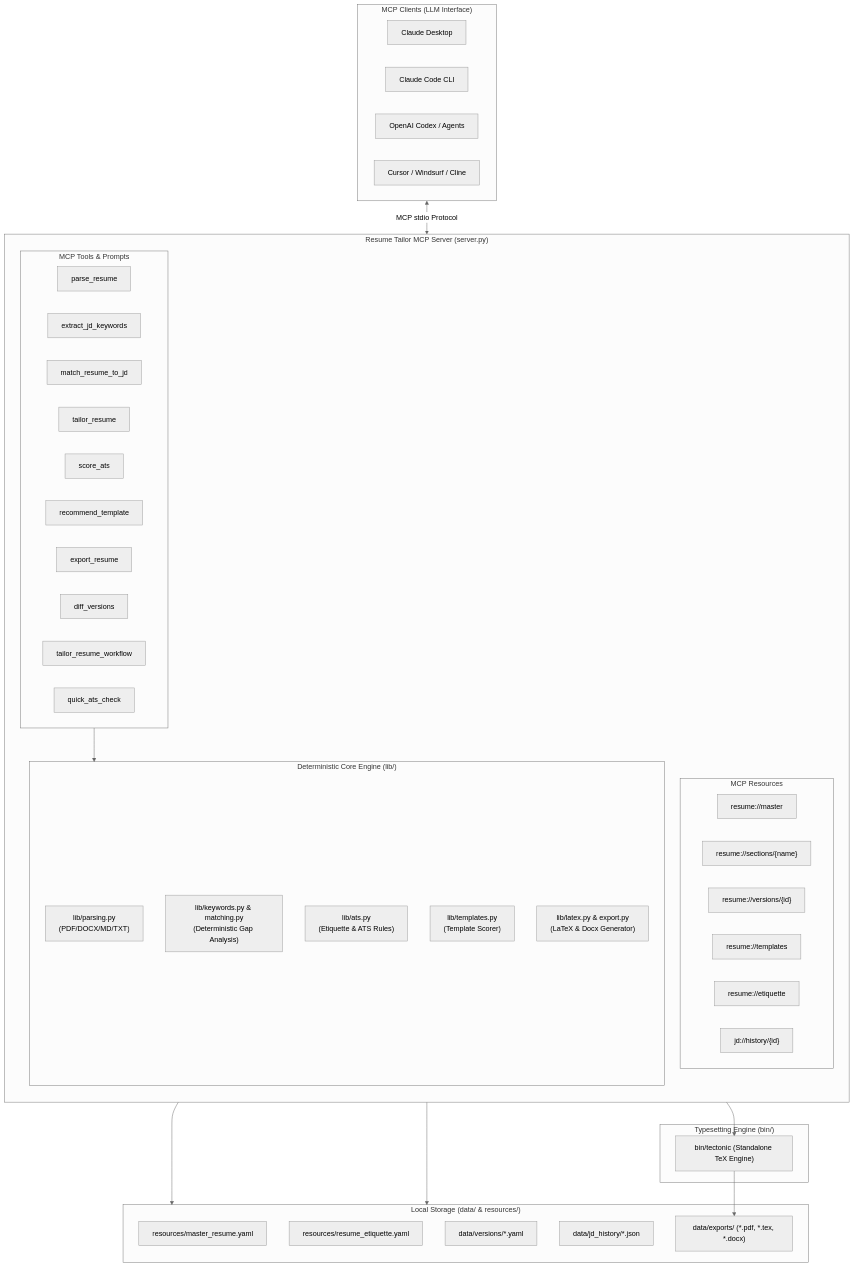
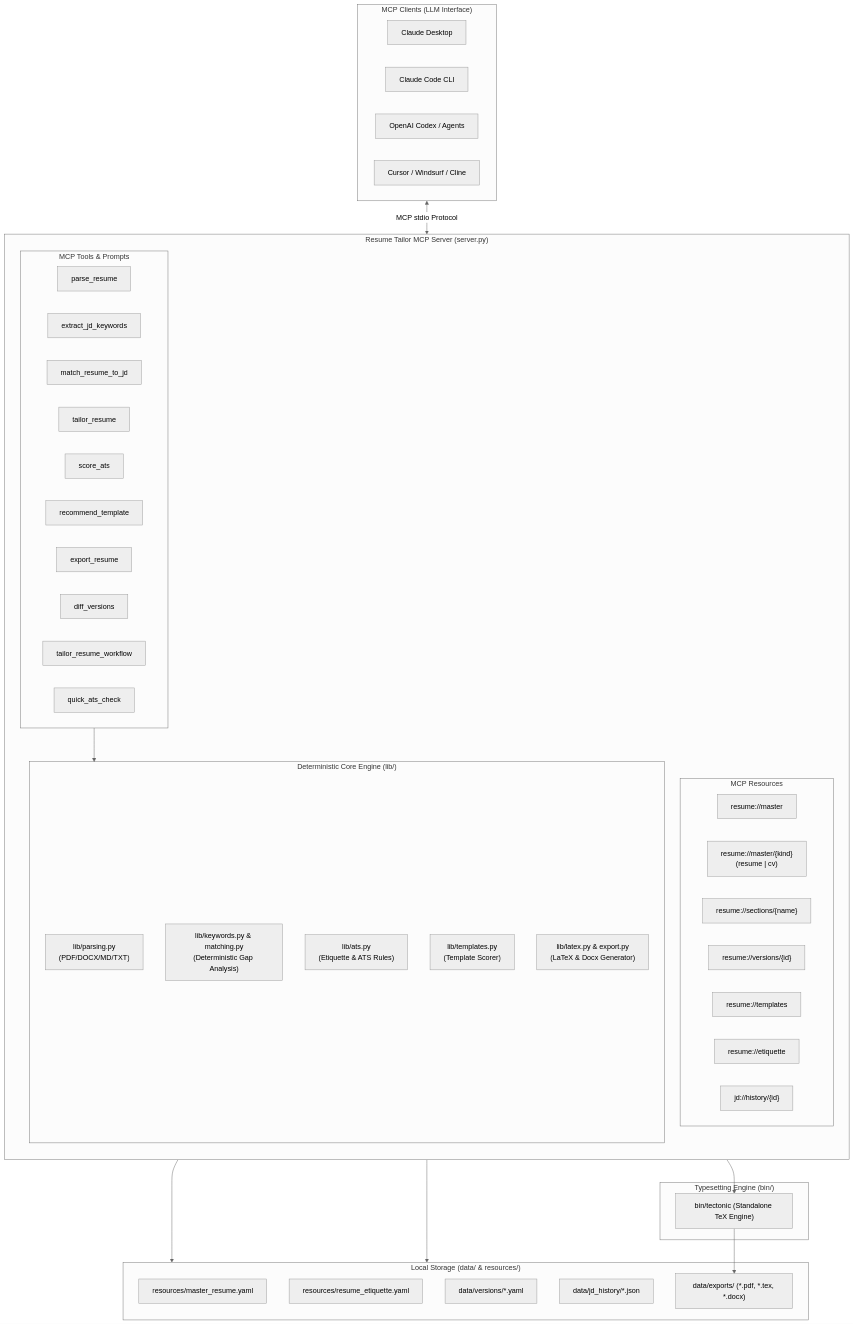
Before and after one commit to priyanshu-arya/Resume-Tailor-MCP: the diagram in README.md, drawn with Mermaid (neutral theme). The commit also changed other lines of this file and 5 other files, not shown here.

First line of the commit message:
Split master Resume and master CV into separate protected documents

````diff
--- a/README.md
+++ b/README.md
@@ -78,62 +78,63 @@
 ```mermaid
 flowchart TB
     subgraph Clients["MCP Clients (LLM Interface)"]
         CD["Claude Desktop"]
         CC["Claude Code CLI"]
         CX["OpenAI Codex / Agents"]
         IDE["Cursor / Windsurf / Cline"]
     end
 
     subgraph FastMCPServer["Resume Tailor MCP Server (server.py)"]
         direction TB
         
         subgraph ResourcesLayer["MCP Resources"]
             R1["resume://master"]
+            R1b["resume://master/{kind}\n(resume | cv)"]
             R2["resume://sections/{name}"]
             R3["resume://versions/{id}"]
             R4["resume://templates"]
             R5["resume://etiquette"]
             R6["jd://history/{id}"]
         end
 
         subgraph ToolsLayer["MCP Tools & Prompts"]
             T1["parse_resume"]
             T2["extract_jd_keywords"]
             T3["match_resume_to_jd"]
             T4["tailor_resume"]
             T5["score_ats"]
             T6["recommend_template"]
             T7["export_resume"]
             T8["diff_versions"]
             P1["tailor_resume_workflow"]
             P2["quick_ats_check"]
         end
 
         subgraph CoreEngine["Deterministic Core Engine (lib/)"]
             PARSER["lib/parsing.py\n(PDF/DOCX/MD/TXT)"]
             NLP["lib/keywords.py & matching.py\n(Deterministic Gap Analysis)"]
             ATS["lib/ats.py\n(Etiquette & ATS Rules)"]
             TMPL["lib/templates.py\n(Template Scorer)"]
             LATEX["lib/latex.py & export.py\n(LaTeX & Docx Generator)"]
         end
     end
 
     subgraph LocalStorage["Local Storage (data/ & resources/)"]
         MR["resources/master_resume.yaml"]
         ET["resources/resume_etiquette.yaml"]
         VH["data/versions/*.yaml"]
         JH["data/jd_history/*.json"]
         EXP["data/exports/ (*.pdf, *.tex, *.docx)"]
     end
 
     subgraph BinaryEngine["Typesetting Engine (bin/)"]
         TEC["bin/tectonic (Standalone TeX Engine)"]
     end
 
     Clients <-->|MCP stdio Protocol| FastMCPServer
     ToolsLayer --> CoreEngine
     ResourcesLayer --> LocalStorage
     CoreEngine --> LocalStorage
     LATEX --> TEC
     TEC --> EXP
 ```
````
